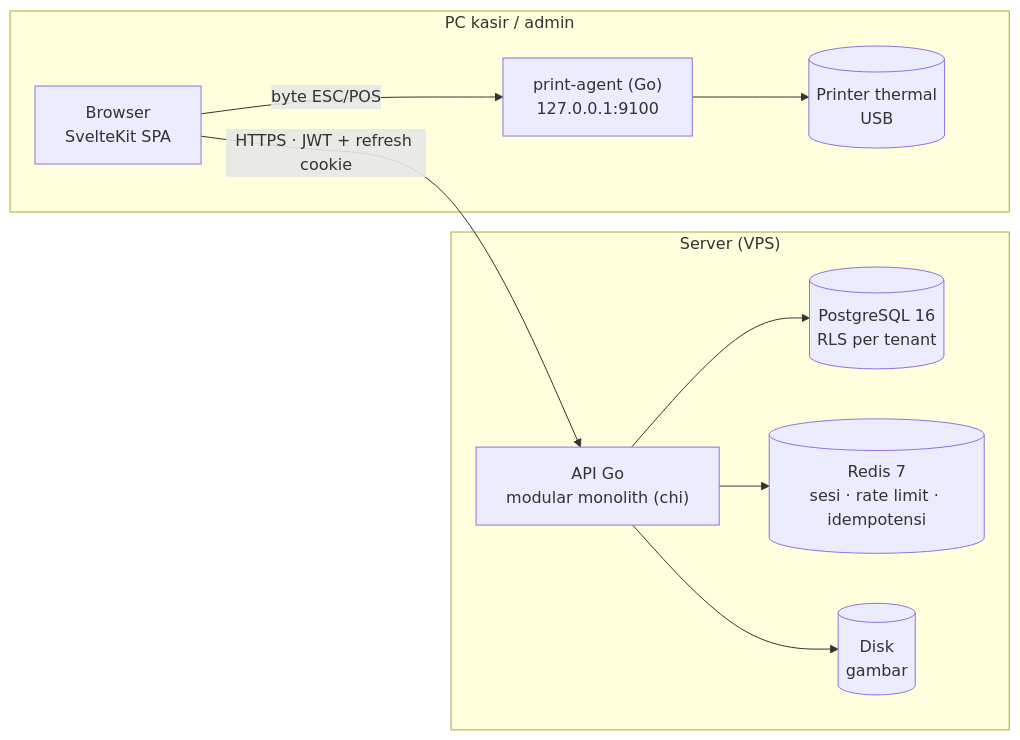
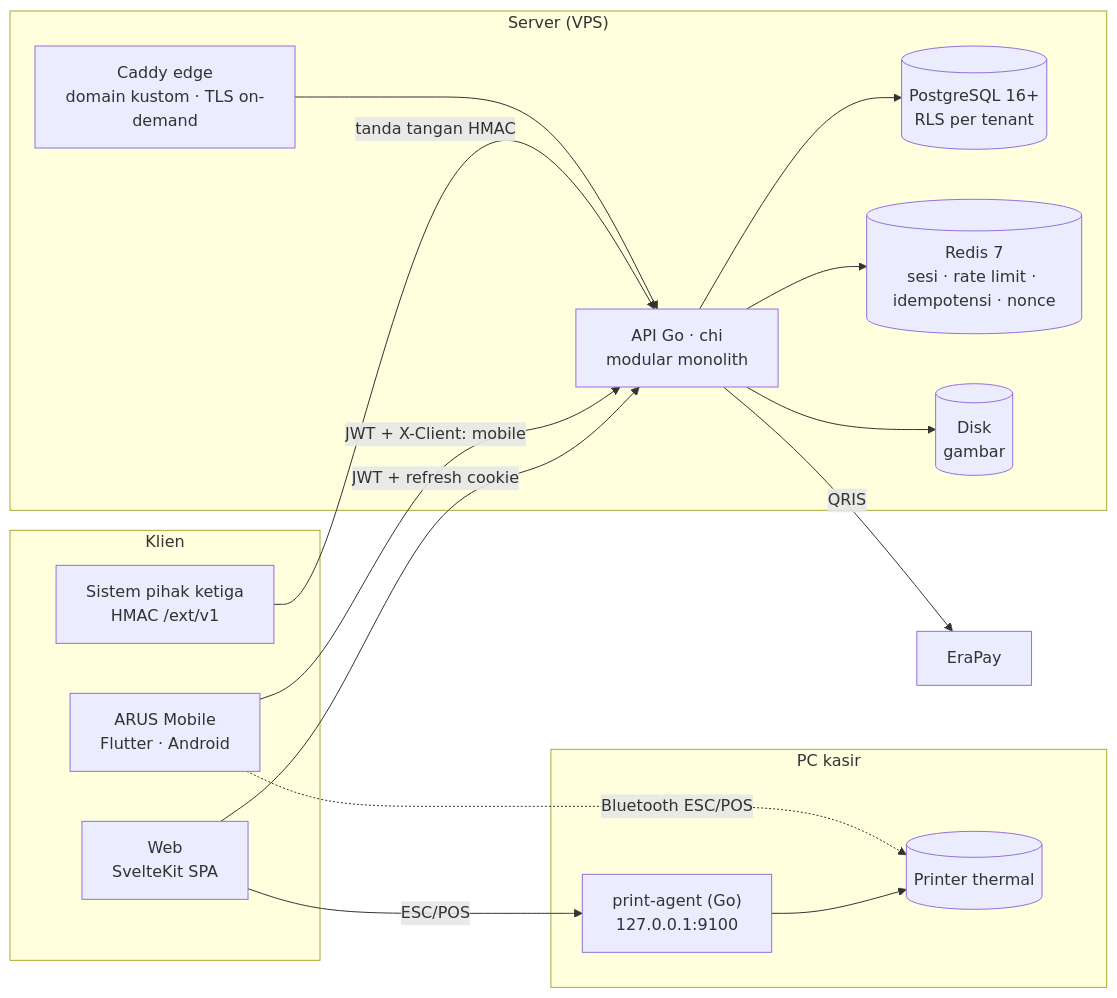
Before and after one commit to erayadigitalsolusindo/arus: the diagram in README.md, drawn with Mermaid. The commit also changed other lines of this file and 13 other files, not shown here.

````diff
--- a/README.md
+++ b/README.md
@@ -125,19 +145,29 @@
 ```mermaid
 flowchart LR
-    subgraph PC["PC kasir / admin"]
-        B["Browser<br/>SvelteKit SPA"]
+    subgraph CL["Klien"]
+        B["Web<br/>SvelteKit SPA"]
+        M["ARUS Mobile<br/>Flutter · Android"]
+        EXT["Sistem pihak ketiga<br/>HMAC /ext/v1"]
+    end
+    subgraph PC["PC kasir"]
         PA["print-agent (Go)<br/>127.0.0.1:9100"]
-        P[("Printer thermal<br/>USB")]
+        P[("Printer thermal")]
     end
     subgraph SRV["Server (VPS)"]
-        API["API Go<br/>modular monolith (chi)"]
-        PG[("PostgreSQL 16<br/>RLS per tenant")]
-        RD[("Redis 7<br/>sesi · rate limit · idempotensi")]
+        EDGE["Caddy edge<br/>domain kustom · TLS on-demand"]
+        API["API Go · chi<br/>modular monolith"]
+        PG[("PostgreSQL 16+<br/>RLS per tenant")]
+        RD[("Redis 7<br/>sesi · rate limit · idempotensi · nonce")]
         FS[("Disk<br/>gambar")]
     end
-    B -- "HTTPS · JWT + refresh cookie" --> API
-    B -- "byte ESC/POS" --> PA --> P
+    B -- "JWT + refresh cookie" --> API
+    B -- "ESC/POS" --> PA --> P
+    M -- "JWT + X-Client: mobile" --> API
+    M -. "Bluetooth ESC/POS" .-> P
+    EXT -- "tanda tangan HMAC" --> API
+    EDGE --> API
     API --> PG
     API --> RD
     API --> FS
+    API -- "QRIS" --> ERA["EraPay"]
 ```
````
